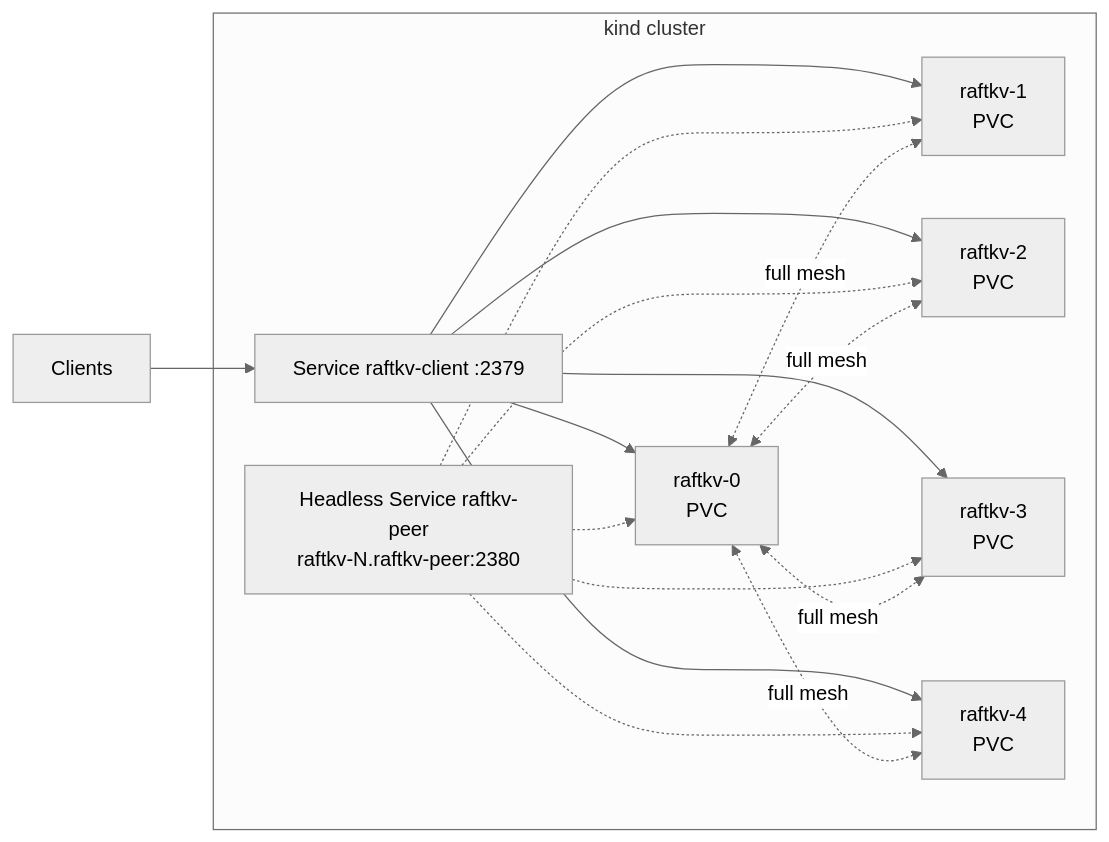
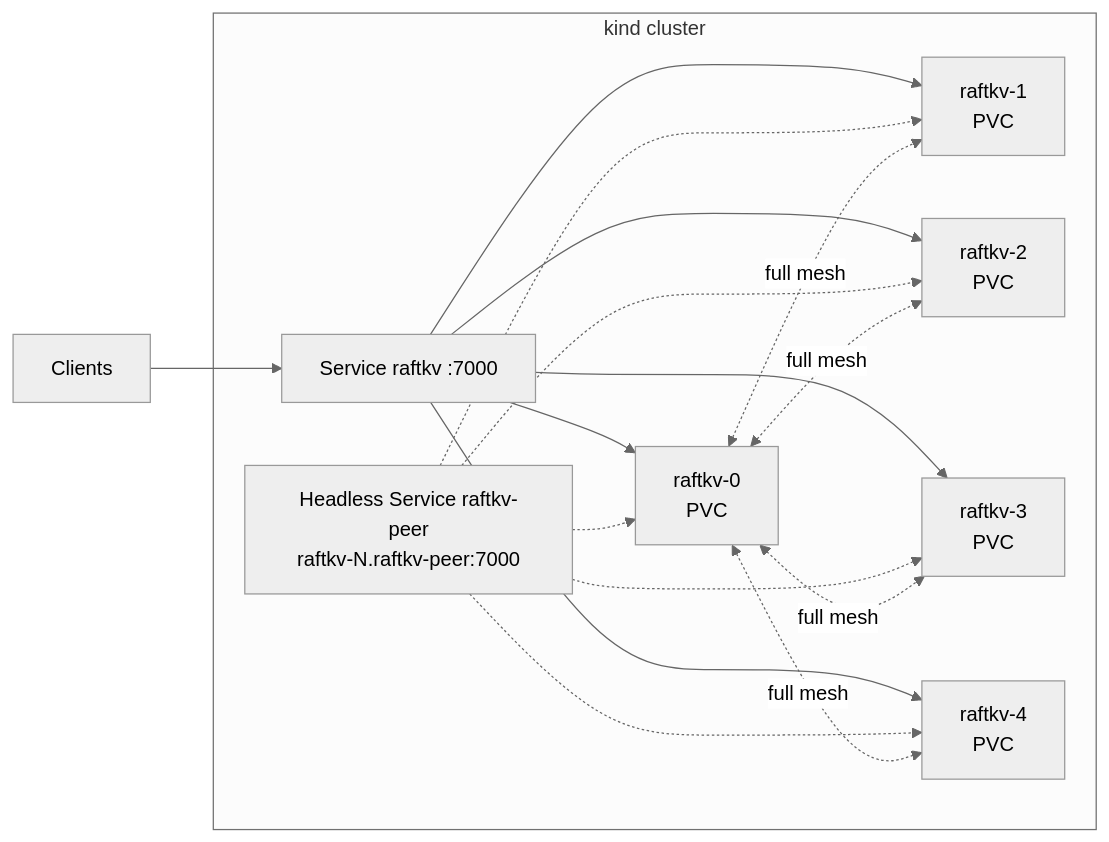
The second of 5 diagrams in docs/architecture.md (bibekgupta3333/raftkv-distributed-store), drawn with Mermaid (neutral theme) before and after one commit. The commit also changed other lines of this file and 6 other files, not shown here.

Commit message:
docs: sync architecture, system, storage, api and ci docs with the M0-M5 code; CI evidence steps

````diff
--- a/docs/architecture.md
+++ b/docs/architecture.md
@@ -126,16 +127,16 @@
 ```mermaid
 flowchart LR
     subgraph K8s["kind cluster"]
-        SVC["Service raftkv-client :2379"]
-        HSVC["Headless Service raftkv-peer<br/>raftkv-N.raftkv-peer:2380"]
+        SVC["Service raftkv :7000"]
+        HSVC["Headless Service raftkv-peer<br/>raftkv-N.raftkv-peer:7000"]
         N0["raftkv-0<br/>PVC"]
         N1["raftkv-1<br/>PVC"]
         N2["raftkv-2<br/>PVC"]
         N3["raftkv-3<br/>PVC"]
         N4["raftkv-4<br/>PVC"]
     end
     CLIENT["Clients"] --> SVC
     SVC --> N0 & N1 & N2 & N3 & N4
     HSVC -.-> N0 & N1 & N2 & N3 & N4
     N0 <-.full mesh.-> N1 & N2 & N3 & N4
 ```
````
